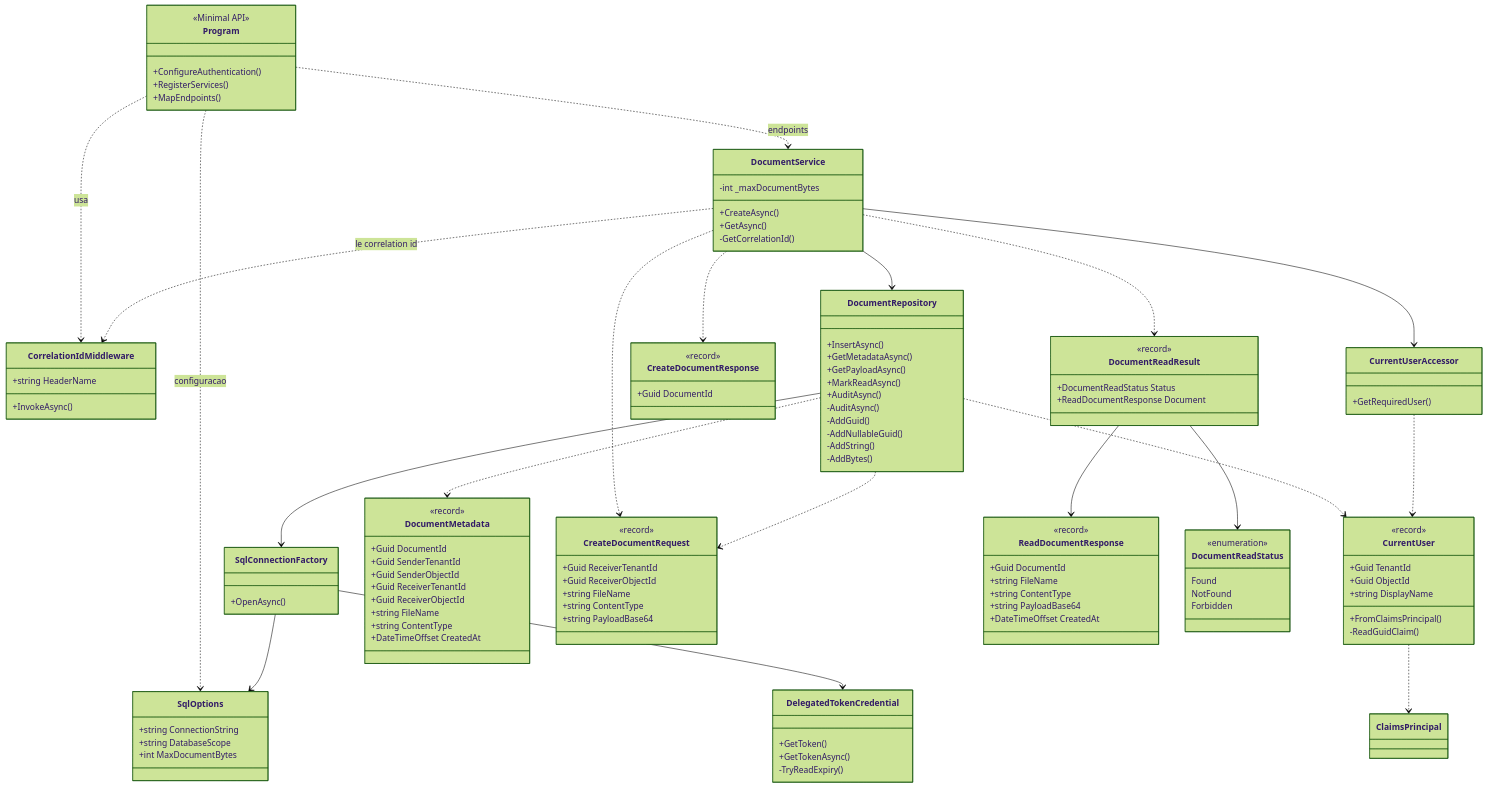
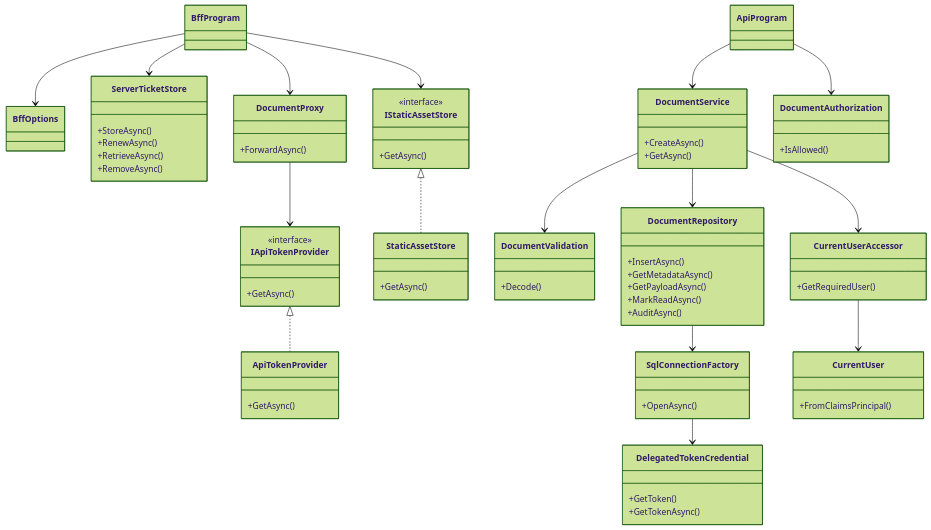
Before and after one commit to EdneiMonteiro/obo-sqlserver: the diagram in docs/classes-e-metodos.md, drawn with Mermaid (forest theme). The commit also changed other lines of this file and 99 other files, not shown here.

````diff
--- a/docs/classes-e-metodos.md
+++ b/docs/classes-e-metodos.md
@@ -7,131 +8,74 @@
 ```mermaid
 classDiagram
-    class Program {
-        <<Minimal API>>
-        +ConfigureAuthentication()
-        +RegisterServices()
-        +MapEndpoints()
+    class BffProgram
+    class ApiProgram
+    class BffOptions
+    class ServerTicketStore {
+        +StoreAsync()
+        +RenewAsync()
+        +RetrieveAsync()
+        +RemoveAsync()
     }
-
-    class SqlOptions {
-        +string ConnectionString
-        +string DatabaseScope
-        +int MaxDocumentBytes
+    class DocumentProxy {
+        +ForwardAsync()
     }
-
-    class CorrelationIdMiddleware {
-        +string HeaderName
-        +InvokeAsync()
+    class IApiTokenProvider {
+        <<interface>>
+        +GetAsync()
     }
-
+    class ApiTokenProvider {
+        +GetAsync()
+    }
+    class IStaticAssetStore {
+        <<interface>>
+        +GetAsync()
+    }
+    class StaticAssetStore {
+        +GetAsync()
+    }
     class DocumentService {
-        -int _maxDocumentBytes
         +CreateAsync()
         +GetAsync()
-        -GetCorrelationId()
     }
-
+    class DocumentValidation {
+        +Decode()
+    }
+    class DocumentAuthorization {
+        +IsAllowed()
+    }
     class DocumentRepository {
         +InsertAsync()
         +GetMetadataAsync()
         +GetPayloadAsync()
         +MarkReadAsync()
         +AuditAsync()
-        -AuditAsync()
-        -AddGuid()
-        -AddNullableGuid()
-        -AddString()
-        -AddBytes()
     }
-
     class SqlConnectionFactory {
         +OpenAsync()
     }
-
     class DelegatedTokenCredential {
         +GetToken()
         +GetTokenAsync()
-        -TryReadExpiry()
     }
-
     class CurrentUserAccessor {
         +GetRequiredUser()
     }
-
     class CurrentUser {
-        <<record>>
-        +Guid TenantId
-        +Guid ObjectId
-        +string DisplayName
         +FromClaimsPrincipal()
-        -ReadGuidClaim()
     }
-
-    class DocumentMetadata {
-        <<record>>
-        +Guid DocumentId
-        +Guid SenderTenantId
-        +Guid SenderObjectId
-        +Guid ReceiverTenantId
-        +Guid ReceiverObjectId
-        +string FileName
-        +string ContentType
-        +DateTimeOffset CreatedAt
-    }
-
-    class CreateDocumentRequest {
-        <<record>>
-        +Guid ReceiverTenantId
-        +Guid ReceiverObjectId
-        +string FileName
-        +string ContentType
-        +string PayloadBase64
-    }
-
-    class CreateDocumentResponse {
-        <<record>>
-        +Guid DocumentId
-    }
-
-    class ReadDocumentResponse {
-        <<record>>
-        +Guid DocumentId
-        +string FileName
-        +string ContentType
-        +string PayloadBase64
-        +DateTimeOffset CreatedAt
-    }
-
-    class DocumentReadResult {
-        <<record>>
-        +DocumentReadStatus Status
-        +ReadDocumentResponse Document
-    }
-
-    class DocumentReadStatus {
-        <<enumeration>>
-        Found
-        NotFound
-        Forbidden
-    }
-
-    Program ..> CorrelationIdMiddleware : usa
-    Program ..> DocumentService : endpoints
-    Program ..> SqlOptions : configuracao
+    BffProgram --> BffOptions
+    BffProgram --> ServerTicketStore
+    BffProgram --> DocumentProxy
+    BffProgram --> IStaticAssetStore
+    IStaticAssetStore <|.. StaticAssetStore
+    IApiTokenProvider <|.. ApiTokenProvider
+    DocumentProxy --> IApiTokenProvider
+    ApiProgram --> DocumentAuthorization
+    ApiProgram --> DocumentService
+    DocumentService --> CurrentUserAccessor
+    CurrentUserAccessor --> CurrentUser
+    DocumentService --> DocumentValidation
     DocumentService --> DocumentRepository
-    DocumentService --> CurrentUserAccessor
-    DocumentService ..> CorrelationIdMiddleware : le correlation id
-    DocumentService ..> CreateDocumentRequest
-    DocumentService ..> CreateDocumentResponse
-    DocumentService ..> DocumentReadResult
-    DocumentReadResult --> ReadDocumentResponse
-    DocumentReadResult --> DocumentReadStatus
     DocumentRepository --> SqlConnectionFactory
-    DocumentRepository ..> CurrentUser
-    DocumentRepository ..> DocumentMetadata
-    DocumentRepository ..> CreateDocumentRequest
-    SqlConnectionFactory --> SqlOptions
     SqlConnectionFactory --> DelegatedTokenCredential
-    CurrentUserAccessor ..> CurrentUser
-    CurrentUser ..> ClaimsPrincipal
 ```
````
